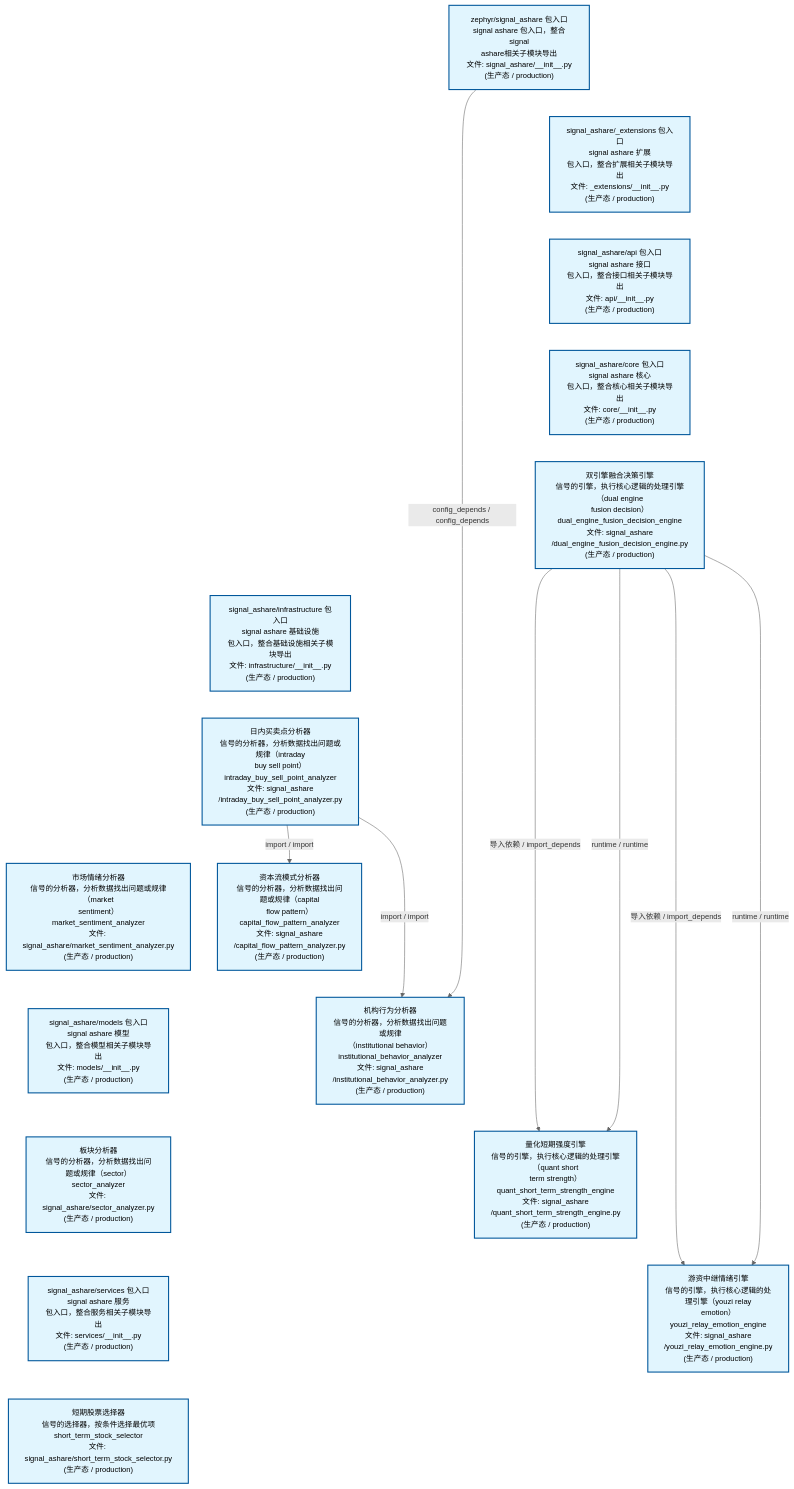
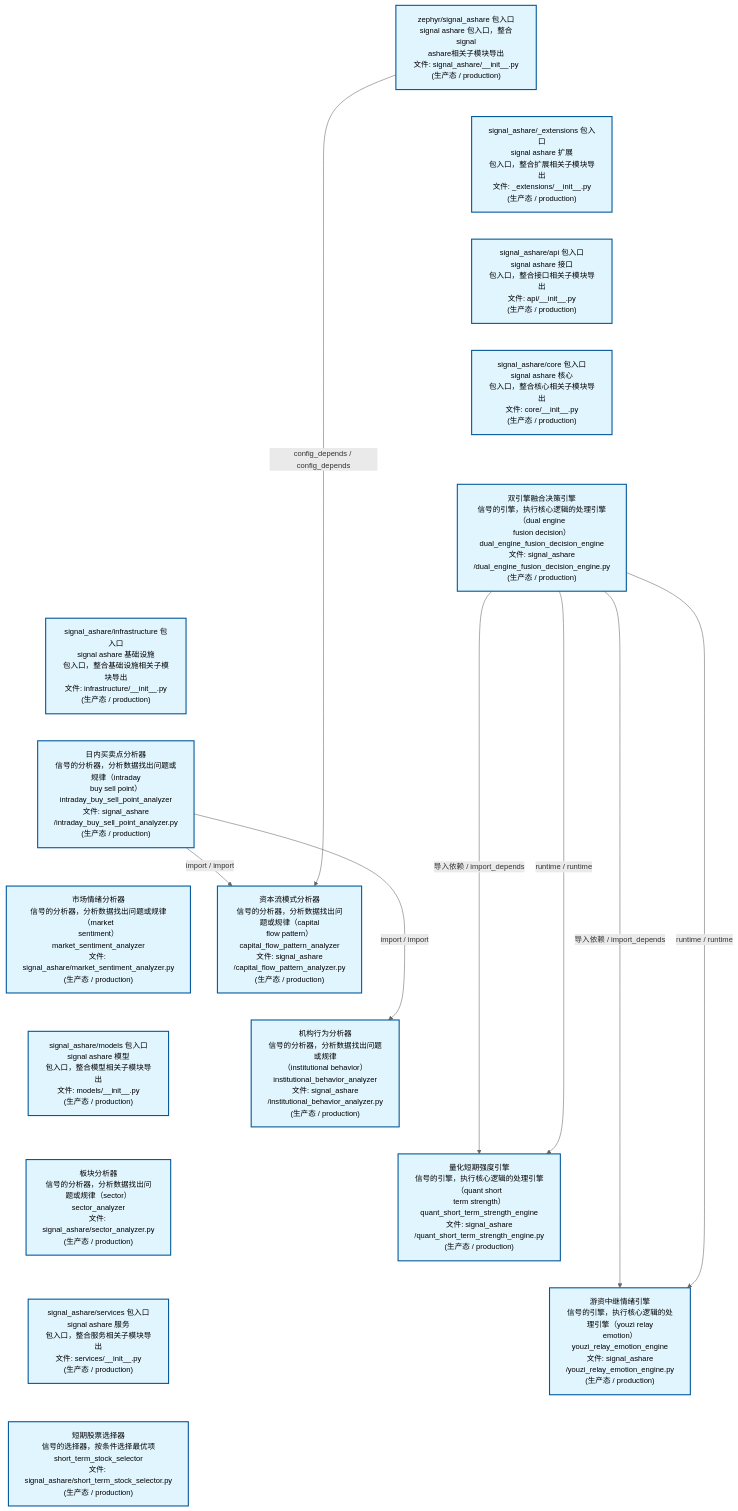
The second of 4 diagrams in docs/02_enterprise_architecture/02_domain_architecture_docs/32_d_ashare_signal.md (xuanFelixVan/ZephyrAlpha), drawn with Mermaid before and after one commit. The commit also changed other lines of this file and 58 other files, not shown here.

````diff
--- a/docs/02_enterprise_architecture/02_domain_architecture_docs/32_d_ashare_signal.md
+++ b/docs/02_enterprise_architecture/02_domain_architecture_docs/32_d_ashare_signal.md
@@ -163,46 +163,46 @@
 ```mermaid
 %%{init: {'theme': 'base', 'themeVariables': {'primaryColor': '#eaeaea', 'primaryTextColor': '#333333', 'primaryBorderColor': '#666666', 'lineColor': '#666666', 'secondaryColor': '#eaeaea', 'tertiaryColor': '#eaeaea', 'fontSize': '14px'}}}%%
 flowchart TD
     src_zephyr_signal_ashare_init_py["zephyr/signal_ashare 包入口<br/>signal ashare 包入口，整合signal<br/>ashare相关子模块导出<br/>文件: signal_ashare/__init__.py<br/>(生产态 / production)"]
     src_zephyr_signal_ashare_extensions_init_py["signal_ashare/_extensions 包入口<br/>signal ashare 扩展<br/>包入口，整合扩展相关子模块导出<br/>文件: _extensions/__init__.py<br/>(生产态 / production)"]
     src_zephyr_signal_ashare_api_init_py["signal_ashare/api 包入口<br/>signal ashare 接口<br/>包入口，整合接口相关子模块导出<br/>文件: api/__init__.py<br/>(生产态 / production)"]
     src_zephyr_signal_ashare_core_init_py["signal_ashare/core 包入口<br/>signal ashare 核心<br/>包入口，整合核心相关子模块导出<br/>文件: core/__init__.py<br/>(生产态 / production)"]
     src_zephyr_signal_ashare_dual_engine_fusion_decision_engine_py["双引擎融合决策引擎<br/>信号的引擎，执行核心逻辑的处理引擎（dual engine<br/>fusion decision）<br/>dual_engine_fusion_decision_engine<br/>文件: signal_ashare<br/>/dual_engine_fusion_decision_engine.py<br/>(生产态 / production)"]
     src_zephyr_signal_ashare_infrastructure_init_py["signal_ashare/infrastructure 包入口<br/>signal ashare 基础设施<br/>包入口，整合基础设施相关子模块导出<br/>文件: infrastructure/__init__.py<br/>(生产态 / production)"]
     src_zephyr_signal_ashare_intraday_buy_sell_point_analyzer_py["日内买卖点分析器<br/>信号的分析器，分析数据找出问题或规律（intraday<br/>buy sell point）<br/>intraday_buy_sell_point_analyzer<br/>文件: signal_ashare<br/>/intraday_buy_sell_point_analyzer.py<br/>(生产态 / production)"]
     src_zephyr_signal_ashare_market_sentiment_analyzer_py["市场情绪分析器<br/>信号的分析器，分析数据找出问题或规律（market<br/>sentiment）<br/>market_sentiment_analyzer<br/>文件: signal_ashare/market_sentiment_analyzer.py<br/>(生产态 / production)"]
     src_zephyr_signal_ashare_models_init_py["signal_ashare/models 包入口<br/>signal ashare 模型<br/>包入口，整合模型相关子模块导出<br/>文件: models/__init__.py<br/>(生产态 / production)"]
     src_zephyr_signal_ashare_sector_analyzer_py["板块分析器<br/>信号的分析器，分析数据找出问题或规律（sector）<br/>sector_analyzer<br/>文件: signal_ashare/sector_analyzer.py<br/>(生产态 / production)"]
     src_zephyr_signal_ashare_services_init_py["signal_ashare/services 包入口<br/>signal ashare 服务<br/>包入口，整合服务相关子模块导出<br/>文件: services/__init__.py<br/>(生产态 / production)"]
     src_zephyr_signal_ashare_short_term_stock_selector_py["短期股票选择器<br/>信号的选择器，按条件选择最优项<br/>short_term_stock_selector<br/>文件: signal_ashare/short_term_stock_selector.py<br/>(生产态 / production)"]
     src_zephyr_signal_ashare_init_py ~~~ src_zephyr_signal_ashare_extensions_init_py
     src_zephyr_signal_ashare_extensions_init_py ~~~ src_zephyr_signal_ashare_api_init_py
     src_zephyr_signal_ashare_api_init_py ~~~ src_zephyr_signal_ashare_core_init_py
     src_zephyr_signal_ashare_core_init_py ~~~ src_zephyr_signal_ashare_dual_engine_fusion_decision_engine_py
     src_zephyr_signal_ashare_dual_engine_fusion_decision_engine_py ~~~ src_zephyr_signal_ashare_infrastructure_init_py
     src_zephyr_signal_ashare_infrastructure_init_py ~~~ src_zephyr_signal_ashare_intraday_buy_sell_point_analyzer_py
     src_zephyr_signal_ashare_intraday_buy_sell_point_analyzer_py ~~~ src_zephyr_signal_ashare_market_sentiment_analyzer_py
     src_zephyr_signal_ashare_market_sentiment_analyzer_py ~~~ src_zephyr_signal_ashare_models_init_py
     src_zephyr_signal_ashare_models_init_py ~~~ src_zephyr_signal_ashare_sector_analyzer_py
     src_zephyr_signal_ashare_sector_analyzer_py ~~~ src_zephyr_signal_ashare_services_init_py
     src_zephyr_signal_ashare_services_init_py ~~~ src_zephyr_signal_ashare_short_term_stock_selector_py
     src_zephyr_signal_ashare_capital_flow_pattern_analyzer_py["资本流模式分析器<br/>信号的分析器，分析数据找出问题或规律（capital<br/>flow pattern）<br/>capital_flow_pattern_analyzer<br/>文件: signal_ashare<br/>/capital_flow_pattern_analyzer.py<br/>(生产态 / production)"]
     src_zephyr_signal_ashare_institutional_behavior_analyzer_py["机构行为分析器<br/>信号的分析器，分析数据找出问题或规律<br/>（institutional behavior）<br/>institutional_behavior_analyzer<br/>文件: signal_ashare<br/>/institutional_behavior_analyzer.py<br/>(生产态 / production)"]
     src_zephyr_signal_ashare_quant_short_term_strength_engine_py["量化短期强度引擎<br/>信号的引擎，执行核心逻辑的处理引擎（quant short<br/>term strength）<br/>quant_short_term_strength_engine<br/>文件: signal_ashare<br/>/quant_short_term_strength_engine.py<br/>(生产态 / production)"]
     src_zephyr_signal_ashare_youzi_relay_emotion_engine_py["游资中继情绪引擎<br/>信号的引擎，执行核心逻辑的处理引擎（youzi relay<br/>emotion）<br/>youzi_relay_emotion_engine<br/>文件: signal_ashare<br/>/youzi_relay_emotion_engine.py<br/>(生产态 / production)"]
     src_zephyr_signal_ashare_capital_flow_pattern_analyzer_py ~~~ src_zephyr_signal_ashare_institutional_behavior_analyzer_py
     src_zephyr_signal_ashare_institutional_behavior_analyzer_py ~~~ src_zephyr_signal_ashare_quant_short_term_strength_engine_py
     src_zephyr_signal_ashare_quant_short_term_strength_engine_py ~~~ src_zephyr_signal_ashare_youzi_relay_emotion_engine_py
     src_zephyr_signal_ashare_dual_engine_fusion_decision_engine_py -->|导入依赖 / import_depends| src_zephyr_signal_ashare_quant_short_term_strength_engine_py
     src_zephyr_signal_ashare_dual_engine_fusion_decision_engine_py -->|runtime / runtime| src_zephyr_signal_ashare_quant_short_term_strength_engine_py
     src_zephyr_signal_ashare_dual_engine_fusion_decision_engine_py -->|导入依赖 / import_depends| src_zephyr_signal_ashare_youzi_relay_emotion_engine_py
     src_zephyr_signal_ashare_dual_engine_fusion_decision_engine_py -->|runtime / runtime| src_zephyr_signal_ashare_youzi_relay_emotion_engine_py
+    src_zephyr_signal_ashare_intraday_buy_sell_point_analyzer_py -->|import / import| src_zephyr_signal_ashare_capital_flow_pattern_analyzer_py
     src_zephyr_signal_ashare_intraday_buy_sell_point_analyzer_py -->|import / import| src_zephyr_signal_ashare_institutional_behavior_analyzer_py
-    src_zephyr_signal_ashare_intraday_buy_sell_point_analyzer_py -->|import / import| src_zephyr_signal_ashare_capital_flow_pattern_analyzer_py
-    src_zephyr_signal_ashare_init_py -->|config_depends / config_depends| src_zephyr_signal_ashare_institutional_behavior_analyzer_py
+    src_zephyr_signal_ashare_init_py -->|config_depends / config_depends| src_zephyr_signal_ashare_capital_flow_pattern_analyzer_py
     classDef production fill:#e1f5fe,stroke:#01579b,stroke-width:2px,color:#000
     classDef design fill:#fff3e0,stroke:#e65100,stroke-width:2px,color:#000,stroke-dasharray: 5 5
     classDef external_prod fill:#e8f4fd,stroke:#0277bd,stroke-width:1px,color:#000
     classDef external_design fill:#fff8e7,stroke:#ef6c00,stroke-width:1px,color:#000,stroke-dasharray: 5 5
     class src_zephyr_signal_ashare_init_py,src_zephyr_signal_ashare_extensions_init_py,src_zephyr_signal_ashare_api_init_py,src_zephyr_signal_ashare_capital_flow_pattern_analyzer_py,src_zephyr_signal_ashare_core_init_py,src_zephyr_signal_ashare_dual_engine_fusion_decision_engine_py,src_zephyr_signal_ashare_infrastructure_init_py,src_zephyr_signal_ashare_institutional_behavior_analyzer_py,src_zephyr_signal_ashare_intraday_buy_sell_point_analyzer_py,src_zephyr_signal_ashare_market_sentiment_analyzer_py,src_zephyr_signal_ashare_models_init_py,src_zephyr_signal_ashare_quant_short_term_strength_engine_py,src_zephyr_signal_ashare_sector_analyzer_py,src_zephyr_signal_ashare_services_init_py,src_zephyr_signal_ashare_short_term_stock_selector_py,src_zephyr_signal_ashare_youzi_relay_emotion_engine_py production
 ```
````
